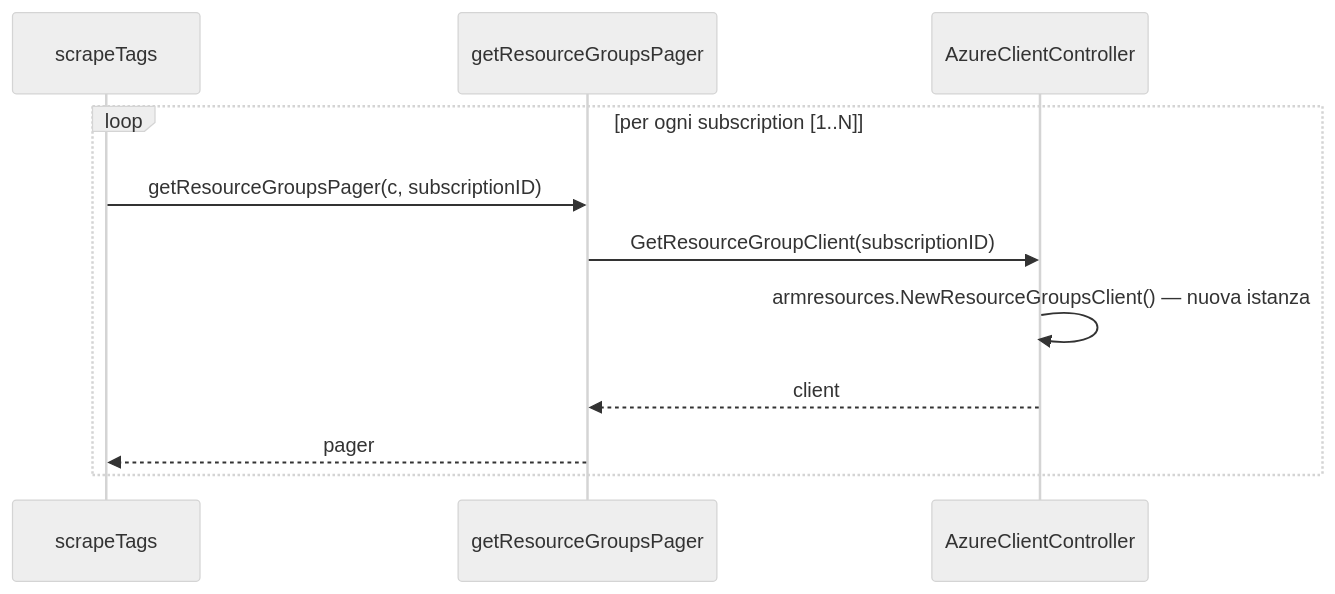
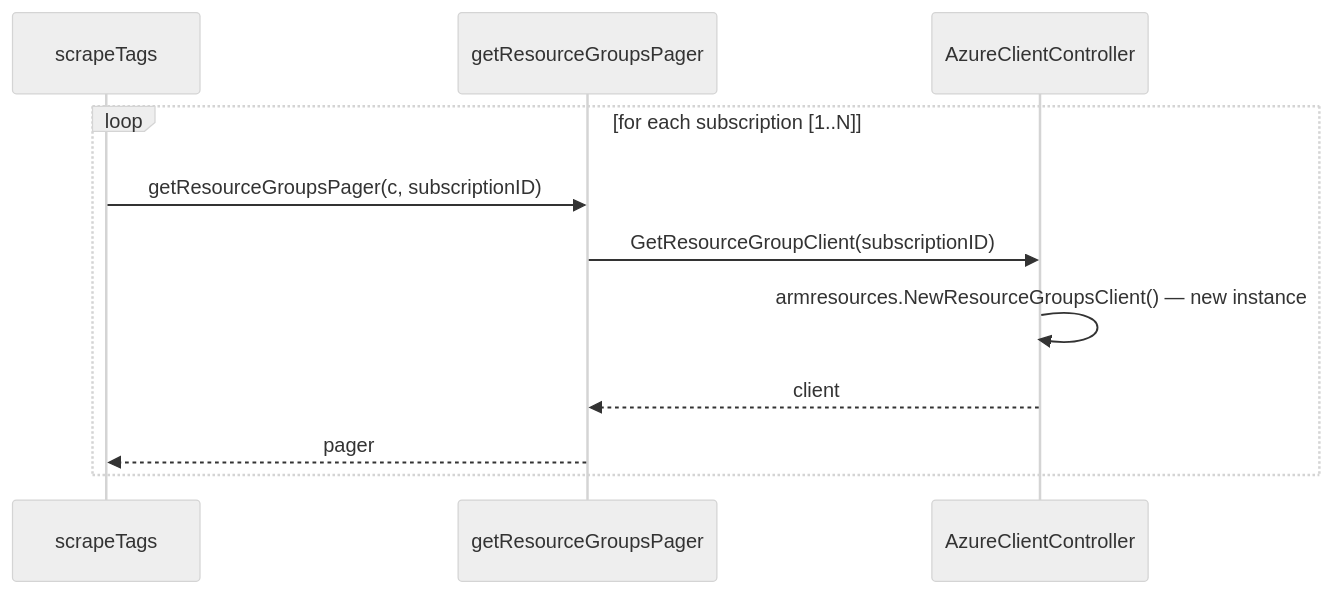
Before and after one commit to codeskine/gitlab-workflow: the second of 3 diagrams in gitlab-issue/references/mermaid-diagrams.md, drawn with Mermaid (neutral theme). The commit also changed other lines of this file and 9 other files, not shown here.

First line of the commit message:
fix(reference): translate mermaid-diagrams.md to English, remove hardcoded Italian label rule (#5)

````diff
--- a/gitlab-issue/references/mermaid-diagrams.md
+++ b/gitlab-issue/references/mermaid-diagrams.md
@@ -65,14 +65,14 @@
 ```mermaid
 sequenceDiagram
     participant ST as scrapeTags
     participant GRP as getResourceGroupsPager
     participant AC as AzureClientController
 
-    loop per ogni subscription [1..N]
+    loop for each subscription [1..N]
         ST->>GRP: getResourceGroupsPager(c, subscriptionID)
         GRP->>AC: GetResourceGroupClient(subscriptionID)
-        AC->>AC: armresources.NewResourceGroupsClient() — nuova istanza
+        AC->>AC: armresources.NewResourceGroupsClient() — new instance
         AC-->>GRP: client
         GRP-->>ST: pager
     end
 ```
````
